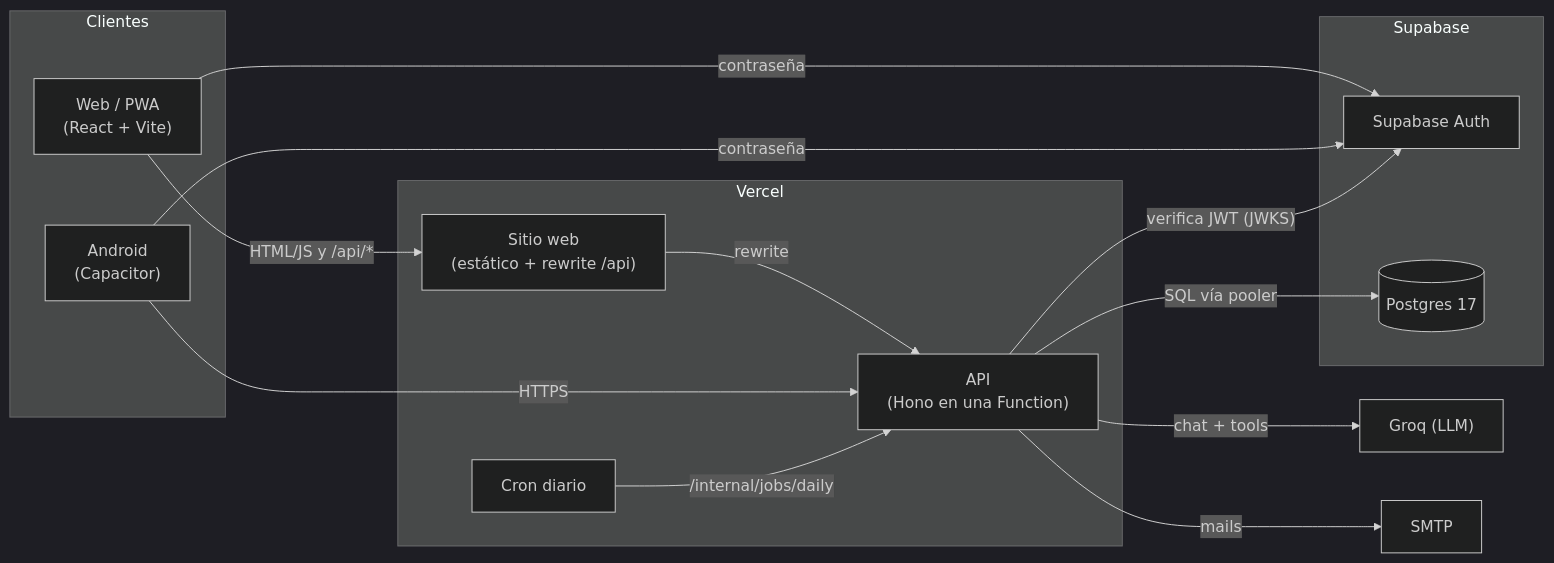
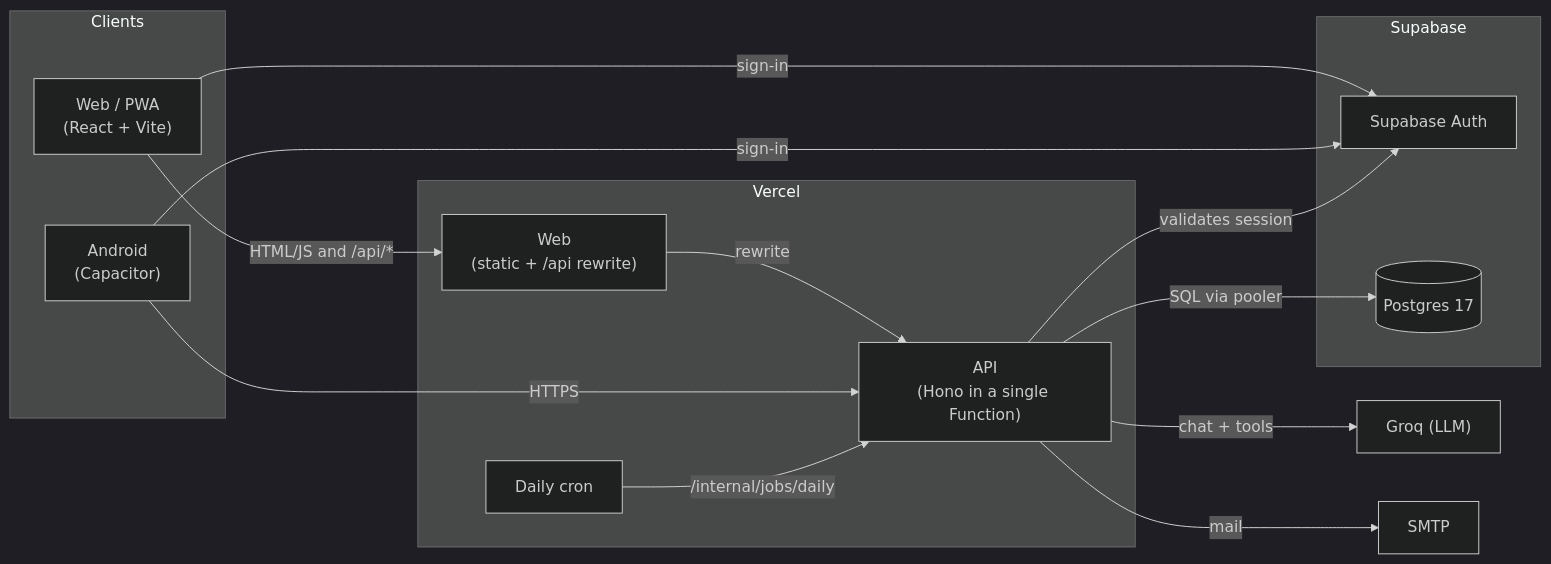
Before and after one commit to Nicolasgh91/red-cuidarte: the first of 4 diagrams in README.md, drawn with Mermaid (dark theme). The commit also changed other lines of this file and 6 other files, not shown here.

````diff
--- a/README.md
+++ b/README.md
@@ -64,31 +50,31 @@
 ```mermaid
 flowchart LR
-  subgraph Clientes
+  subgraph Clients
     PWA["Web / PWA<br/>(React + Vite)"]
     APK["Android<br/>(Capacitor)"]
   end
 
   subgraph Vercel
-    WEB["Sitio web<br/>(estático + rewrite /api)"]
-    API["API<br/>(Hono en una Function)"]
-    CRON["Cron diario"]
+    WEB["Web<br/>(static + /api rewrite)"]
+    API["API<br/>(Hono in a single Function)"]
+    CRON["Daily cron"]
   end
 
   subgraph Supabase
     AUTH["Supabase Auth"]
     PG[("Postgres 17")]
   end
 
   GROQ["Groq (LLM)"]
   SMTP["SMTP"]
 
-  PWA -- "HTML/JS y /api/*" --> WEB
+  PWA -- "HTML/JS and /api/*" --> WEB
   WEB -- "rewrite" --> API
   APK -- "HTTPS" --> API
-  PWA & APK -- "contraseña" --> AUTH
-  API -- "verifica JWT (JWKS)" --> AUTH
-  API -- "SQL vía pooler" --> PG
+  PWA & APK -- "sign-in" --> AUTH
+  API -- "validates session" --> AUTH
+  API -- "SQL via pooler" --> PG
   API -- "chat + tools" --> GROQ
-  API -- "mails" --> SMTP
+  API -- "mail" --> SMTP
   CRON -- "/internal/jobs/daily" --> API
 ```
````
